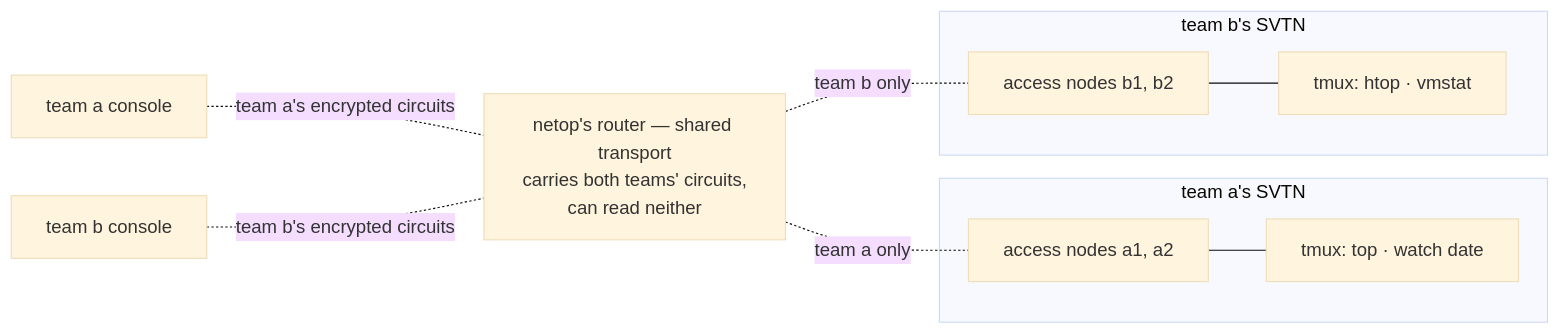
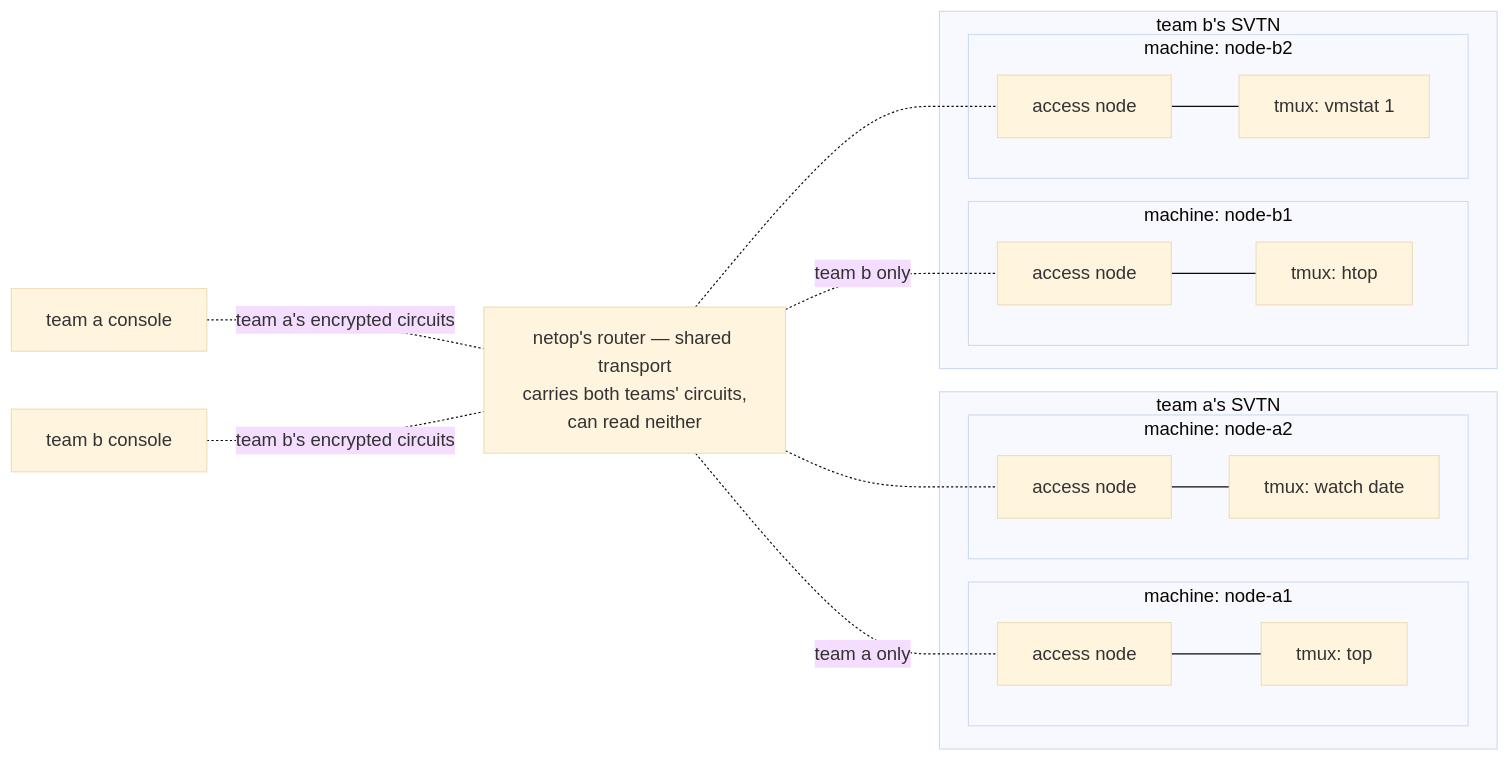
The first of 3 diagrams in examples/06-two-svtn-isolation/README.md (ArcavenAE/switchboard-blue), drawn with Mermaid (base theme) before and after one commit. The commit also changed 4 other files, not shown here.

First line of the commit message:
docs(diagrams): one box per machine — access node is 1:1 with its computer

````diff
--- a/examples/06-two-svtn-isolation/README.md
+++ b/examples/06-two-svtn-isolation/README.md
@@ -39,16 +39,28 @@
 ```mermaid
 graph LR
     CA["team a console"]
     CB["team b console"]
     R["netop's router — shared transport<br/>carries both teams' circuits,<br/>can read neither"]
     subgraph ta["team a's SVTN"]
-        AA["access nodes a1, a2"] --- TA["tmux: top · watch date"]
+        subgraph na1["machine: node-a1"]
+            AA1["access node"] --- TA1["tmux: top"]
+        end
+        subgraph na2["machine: node-a2"]
+            AA2["access node"] --- TA2["tmux: watch date"]
+        end
     end
     subgraph tb["team b's SVTN"]
-        AB["access nodes b1, b2"] --- TB["tmux: htop · vmstat"]
+        subgraph nb1["machine: node-b1"]
+            AB1["access node"] --- TB1["tmux: htop"]
+        end
+        subgraph nb2["machine: node-b2"]
+            AB2["access node"] --- TB2["tmux: vmstat 1"]
+        end
     end
     CA -. "team a's encrypted circuits" .- R
     CB -. "team b's encrypted circuits" .- R
-    R -. "team a only" .- AA
-    R -. "team b only" .- AB
+    R -. "team a only" .- AA1
+    R -.- AA2
+    R -. "team b only" .- AB1
+    R -.- AB2
 ```
````
